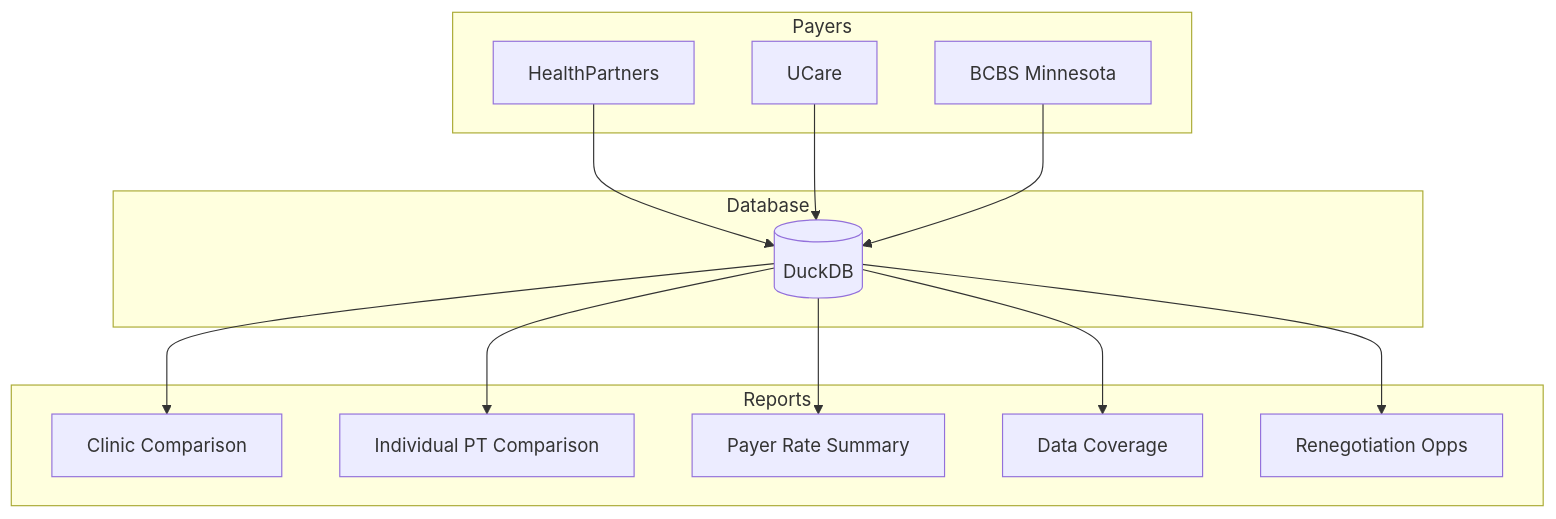
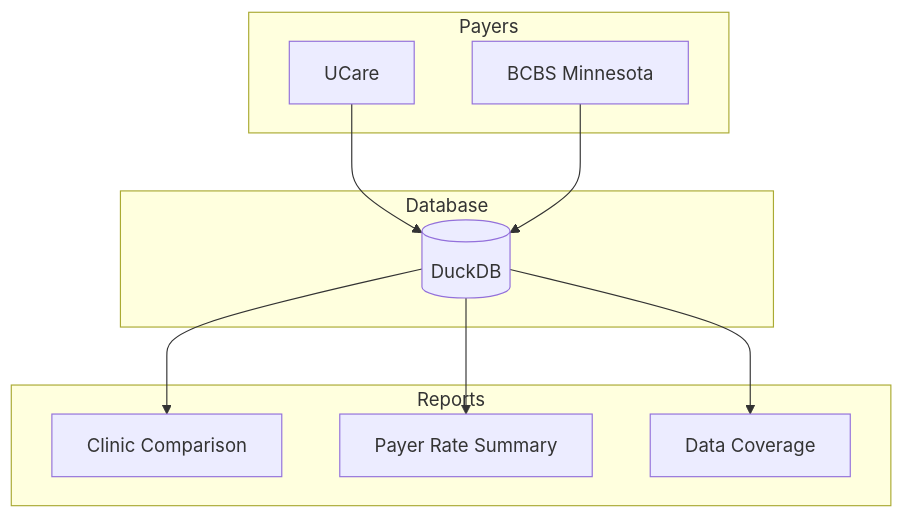
One commit to 2016judea/Physical-Therapy-Market-Analysis changed the second of 3 diagrams in README.md. Above: the diagram before and after it, drawn with Mermaid. The commit also changed other lines of this file, not shown here.

````diff
--- a/README.md
+++ b/README.md
@@ -47,29 +47,23 @@
 ```mermaid
 flowchart TD
     subgraph Payers
-        HP["HealthPartners"]
         UC["UCare"]
         BCBS["BCBS Minnesota"]
     end
     
     subgraph Database
         DB[("DuckDB")]
     end
     
     subgraph Reports
         R1["Clinic Comparison"]
-        R2["Individual PT Comparison"]
-        R3["Payer Rate Summary"]
-        R4["Data Coverage"]
-        R5["Renegotiation Opps"]
+        R2["Payer Rate Summary"]
+        R3["Data Coverage"]
     end
     
-    HP --> DB
     UC --> DB
     BCBS --> DB
     DB --> R1
     DB --> R2
     DB --> R3
-    DB --> R4
-    DB --> R5
 ```
````
